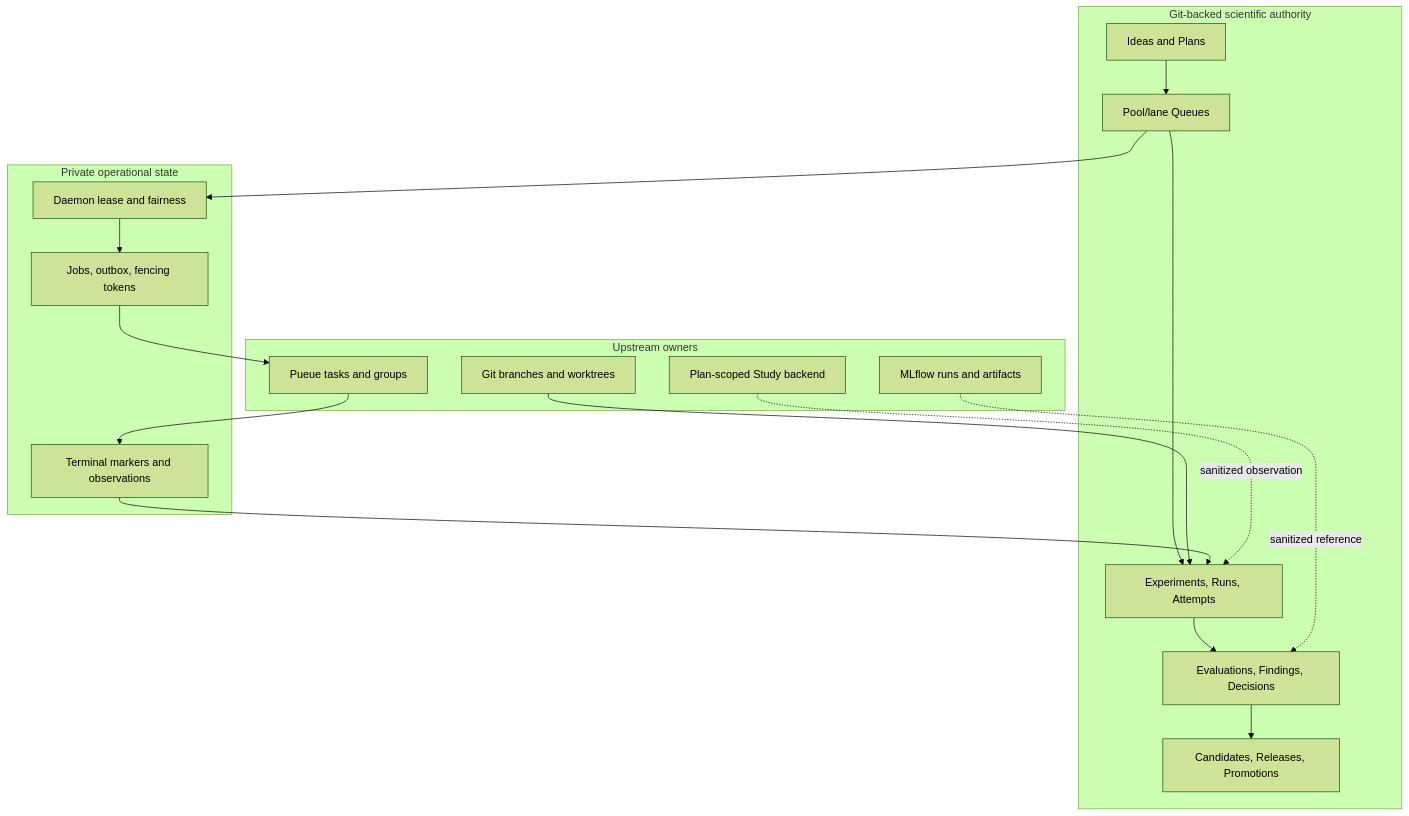
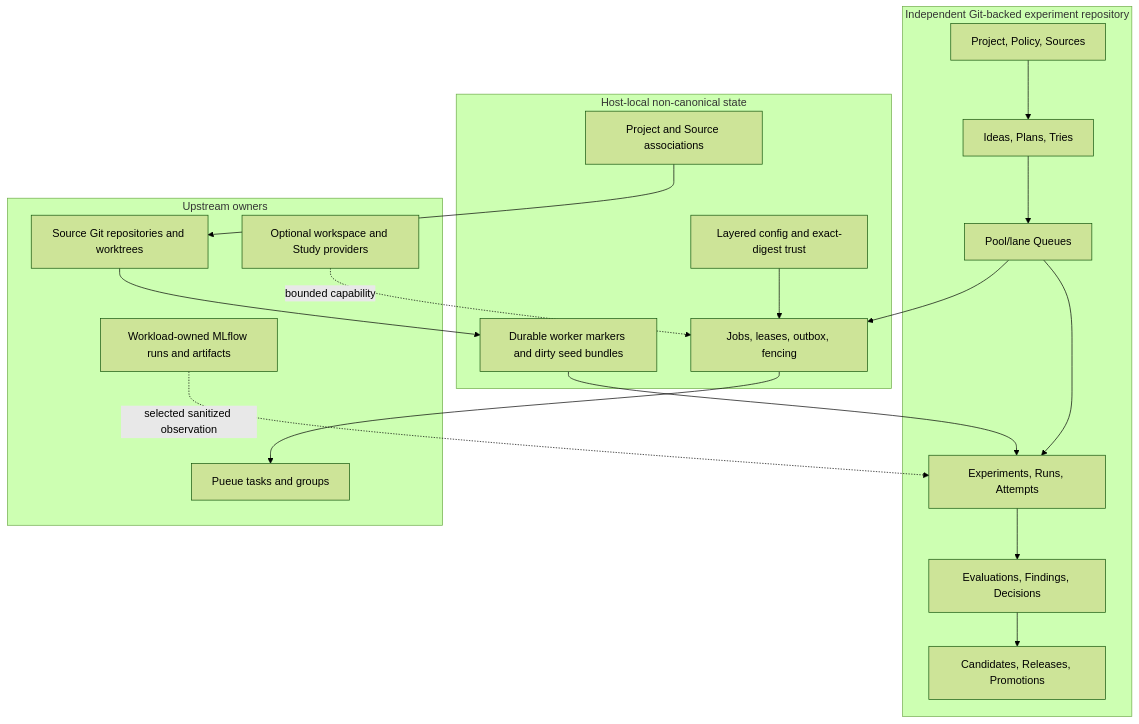
The first of 2 diagrams in docs/design/architecture.md (daviddwlee84/exp-cli), drawn with Mermaid (forest theme) before and after one commit. The commit also changed other lines of this file and 262 other files, not shown here.

````diff
--- a/docs/design/architecture.md
+++ b/docs/design/architecture.md
@@ -9,31 +16,33 @@
 ```mermaid
 flowchart TB
-  subgraph Canonical[Git-backed scientific authority]
-    I[Ideas and Plans]
+  subgraph Canonical[Independent Git-backed experiment repository]
+    P[Project, Policy, Sources]
+    I[Ideas, Plans, Tries]
     Q[Pool/lane Queues]
     X[Experiments, Runs, Attempts]
     K[Evaluations, Findings, Decisions]
     R[Candidates, Releases, Promotions]
   end
 
-  subgraph Operational[Private operational state]
-    D[Daemon lease and fairness]
-    O[Jobs, outbox, fencing tokens]
-    T[Terminal markers and observations]
+  subgraph Local[Host-local non-canonical state]
+    A[Project and Source associations]
+    C[Layered config and exact-digest trust]
+    D[Jobs, leases, outbox, fencing]
+    T[Durable worker markers and dirty seed bundles]
   end
 
   subgraph Upstream[Upstream owners]
-    G[Git branches and worktrees]
-    P[Pueue tasks and groups]
-    M[MLflow runs and artifacts]
-    S[Plan-scoped Study backend]
+    G[Source Git repositories and worktrees]
+    U[Pueue tasks and groups]
+    M[Workload-owned MLflow runs and artifacts]
+    W[Optional workspace and Study providers]
   end
 
-  I --> Q --> X --> K --> R
-  D --> O --> P
-  Q --> D
-  G --> X
-  P --> T --> X
-  M -. sanitized reference .-> K
-  S -. sanitized observation .-> X
+  P --> I --> Q --> X --> K --> R
+  A --> G
+  C --> D
+  Q --> D --> U
+  G --> T --> X
+  M -. selected sanitized observation .-> X
+  W -. bounded capability .-> D
 ```
````
